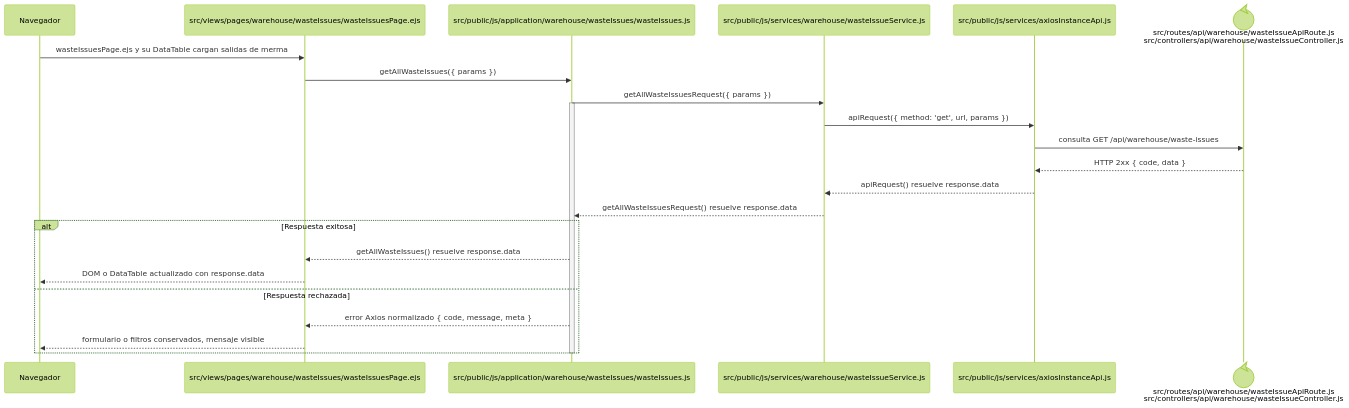
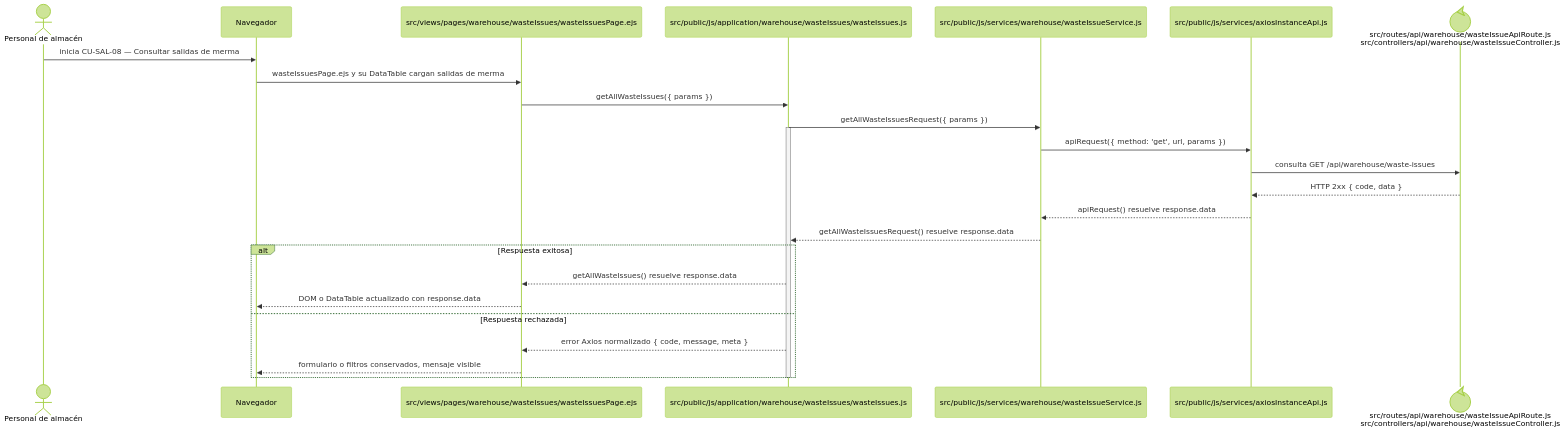
Before and after one commit to gpgsistemas01/nexus: the diagram in docs/architecture/frontend-code-sequences/issues/cu-sal-08.md, drawn with Mermaid (forest theme). The commit also changed 105 other files, not shown here.

````diff
--- a/docs/architecture/frontend-code-sequences/issues/cu-sal-08.md
+++ b/docs/architecture/frontend-code-sequences/issues/cu-sal-08.md
@@ -6,27 +6,29 @@
 ```mermaid
 sequenceDiagram
+    actor Initiator as Personal de almacén
     participant Browser as Navegador
     participant View as src/views/pages/warehouse/wasteIssues/wasteIssuesPage.ejs
     participant Application as src/public/js/application/warehouse/wasteIssues/wasteIssues.js
     participant Request as src/public/js/services/warehouse/wasteIssueService.js
     participant HTTP as src/public/js/services/axiosInstanceApi.js
     participant Transport@{ "type": "control" } as src/routes/api/warehouse/wasteIssueApiRoute.js<br/>src/controllers/api/warehouse/wasteIssueController.js
 
+    Initiator->>Browser: inicia CU-SAL-08 — Consultar salidas de merma
     Browser->>View: wasteIssuesPage.ejs y su DataTable cargan salidas de merma
     View->>Application: getAllWasteIssues({ params })
     Application->>Request: getAllWasteIssuesRequest({ params })
     activate Application
     Request->>HTTP: apiRequest({ method: 'get', url, params })
     HTTP->>Transport: consulta GET /api/warehouse/waste-issues
     Transport-->>HTTP: HTTP 2xx { code, data }
     HTTP-->>Request: apiRequest() resuelve response.data
     Request-->>Application: getAllWasteIssuesRequest() resuelve response.data
     alt Respuesta exitosa
         Application-->>View: getAllWasteIssues() resuelve response.data
         View-->>Browser: DOM o DataTable actualizado con response.data
     else Respuesta rechazada
         Application-->>View: error Axios normalizado { code, message, meta }
         View-->>Browser: formulario o filtros conservados, mensaje visible
     end
     deactivate Application
 ```
````
